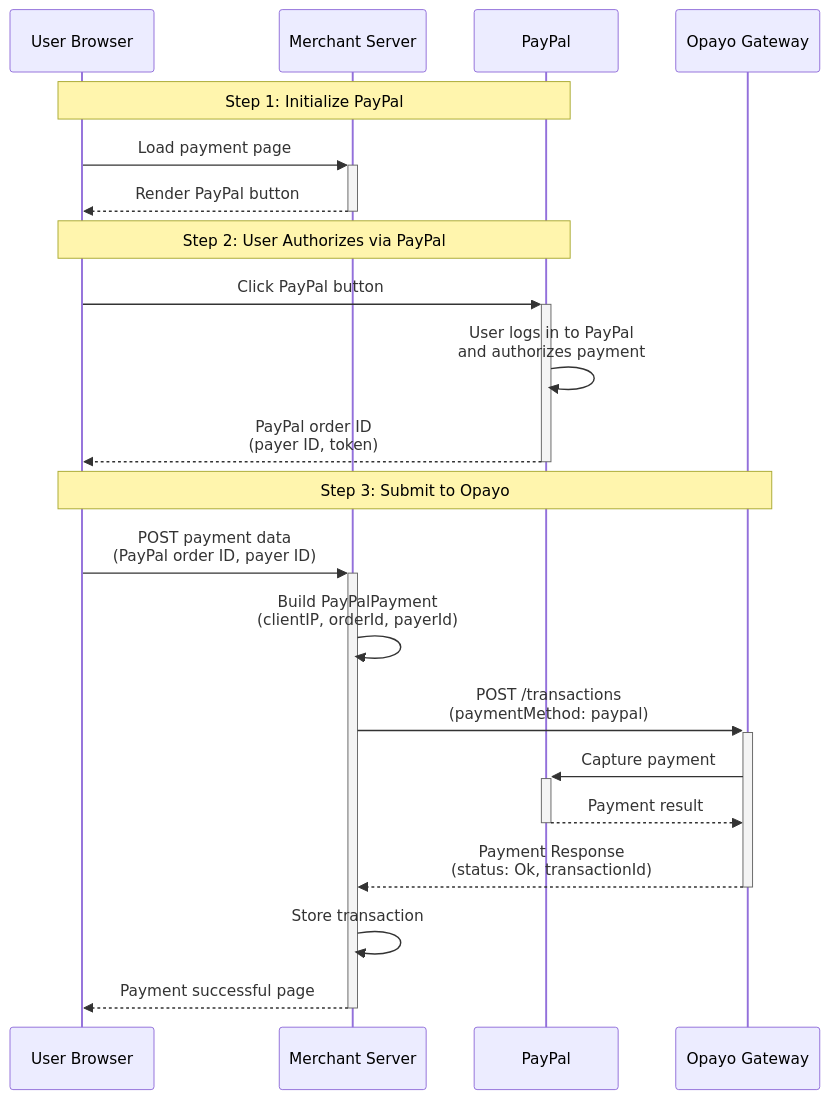
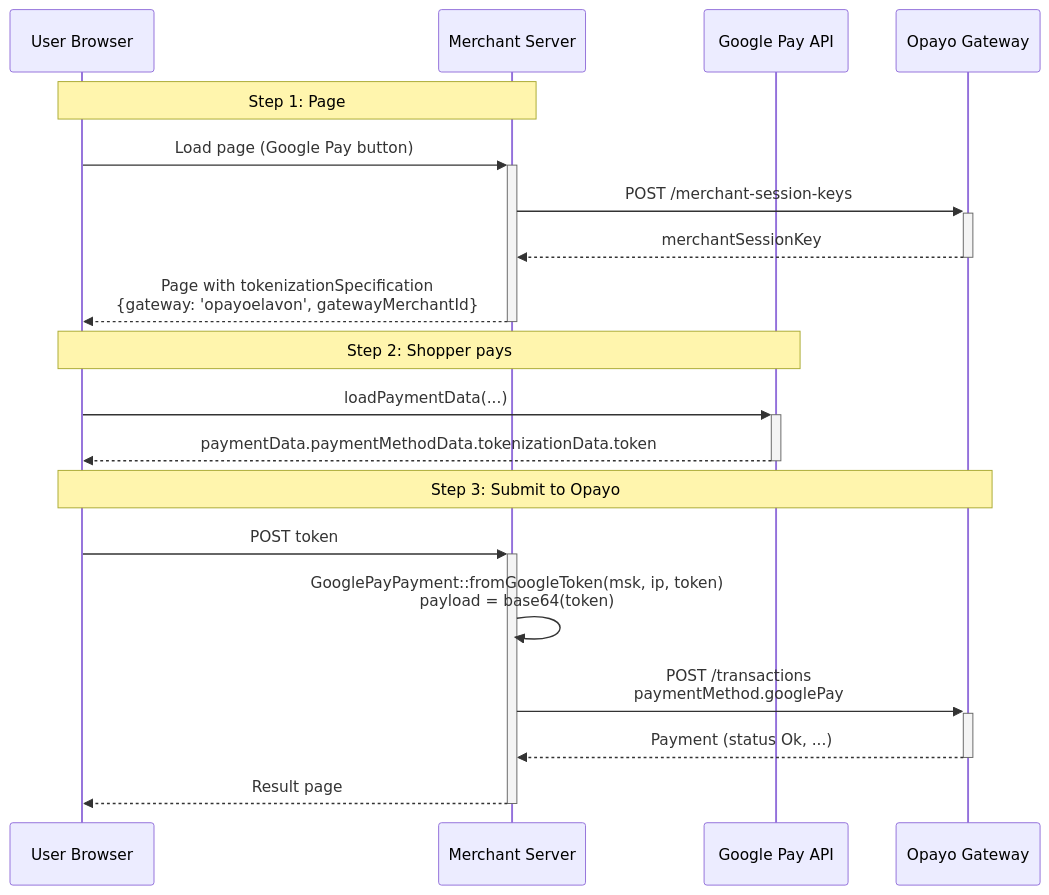
Before and after one commit to academe/opayo-pi: the eighth of 8 diagrams in docs/payment-flows.md, drawn with Mermaid. The commit also changed other lines of this file and 23 other files, not shown here.

Commit message:
Add PayPal payment type

````diff
--- a/docs/payment-flows.md
+++ b/docs/payment-flows.md
@@ -331,26 +356,24 @@
 ```mermaid
 sequenceDiagram
     participant Browser as User Browser
     participant Merchant as Merchant Server
-    participant PayPal as PayPal
+    participant Google as Google Pay API
     participant Opayo as Opayo Gateway
 
-    Note over Browser,PayPal: Step 1: Initialize PayPal
-    Browser->>+Merchant: Load payment page
-    Merchant-->>-Browser: Render PayPal button
+    Note over Browser,Merchant: Step 1: Page
+    Browser->>+Merchant: Load page (Google Pay button)
+    Merchant->>+Opayo: POST /merchant-session-keys
+    Opayo-->>-Merchant: merchantSessionKey
+    Merchant-->>-Browser: Page with tokenizationSpecification<br/>{gateway: 'opayoelavon', gatewayMerchantId}
 
-    Note over Browser,PayPal: Step 2: User Authorizes via PayPal
-    Browser->>+PayPal: Click PayPal button
-    PayPal->>PayPal: User logs in to PayPal<br/>and authorizes payment
-    PayPal-->>-Browser: PayPal order ID<br/>(payer ID, token)
+    Note over Browser,Google: Step 2: Shopper pays
+    Browser->>+Google: loadPaymentData(...)
+    Google-->>-Browser: paymentData.paymentMethodData.tokenizationData.token
 
     Note over Browser,Opayo: Step 3: Submit to Opayo
-    Browser->>+Merchant: POST payment data<br/>(PayPal order ID, payer ID)
-    Merchant->>Merchant: Build PayPalPayment<br/>(clientIP, orderId, payerId)
-    Merchant->>+Opayo: POST /transactions<br/>(paymentMethod: paypal)
-    Opayo->>+PayPal: Capture payment
-    PayPal-->>-Opayo: Payment result
-    Opayo-->>-Merchant: Payment Response<br/>(status: Ok, transactionId)
-    Merchant->>Merchant: Store transaction
-    Merchant-->>-Browser: Payment successful page
+    Browser->>+Merchant: POST token
+    Merchant->>Merchant: GooglePayPayment::fromGoogleToken(msk, ip, token)<br/>payload = base64(token)
+    Merchant->>+Opayo: POST /transactions<br/>paymentMethod.googlePay
+    Opayo-->>-Merchant: Payment (status Ok, ...)
+    Merchant-->>-Browser: Result page
 ```
````
